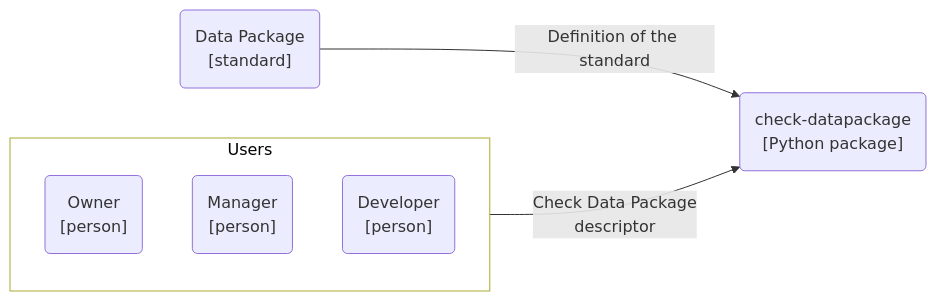
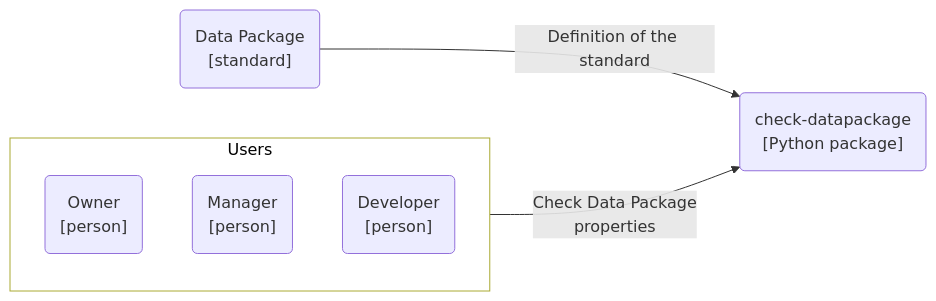
One commit to seedcase-project/check-datapackage changed the first of 3 diagrams in docs/design/architecture.qmd. Above: the diagram before and after it, drawn with Mermaid. The commit also changed other lines of this file and 3 other files, not shown here.

First line of the commit message:
docs: :memo: use "properties" instead of "descriptor" in docs (#252)

````diff
--- a/docs/design/architecture.qmd
+++ b/docs/design/architecture.qmd
@@ -121,20 +121,20 @@
 ```{mermaid}
 %%| label: fig-c4-context
 %%| fig-cap: "C4 system context diagram showing the anticipated users and the external system (the Data Package standard) `check-datapackage` interacts with."
 flowchart LR
 
     subgraph "Users"
         user_owner("Owner<br>[person]")
         user_manager("Manager<br>[person]")
         user_developer("Developer<br>[person]")
     end
 
     dp_standard("Data Package<br>[standard]")
     check("check-datapackage<br>[Python package]")
 
 
     dp_standard --"Definition of the standard"--> check
-    Users --"Check Data Package<br>descriptor"--> check
+    Users --"Check Data Package<br>properties"--> check
     %% Styling
     style Users fill:#FFFFFF, color:#000000
 ```
````
